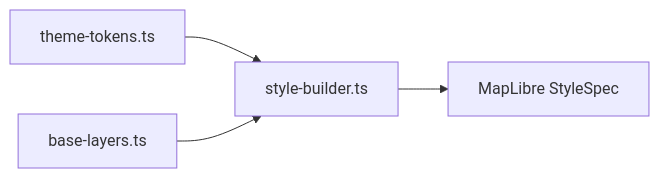
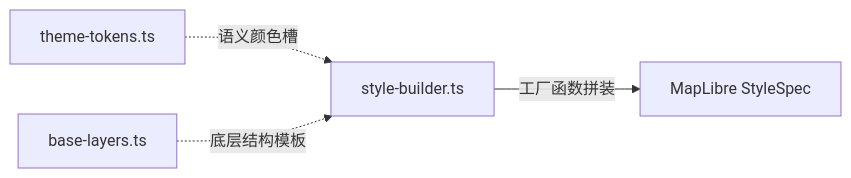
The diagram in docs/map_theme_system.md (FEJackFly/omni), drawn with Mermaid before and after one commit. The commit also changed other lines of this file and 7 other files, not shown here.

Commit message:
feat: 新增绘图工具并集成至地图工具栏，与测量工具互斥。

````diff
--- a/docs/map_theme_system.md
+++ b/docs/map_theme_system.md
@@ -15,6 +12,6 @@
 ```mermaid
 graph LR
-    Tokens[theme-tokens.ts] --> Builder[style-builder.ts]
-    Layers[base-layers.ts] --> Builder
-    Builder --> FinalStyle[MapLibre StyleSpec]
+    Tokens[theme-tokens.ts] -.->|语义颜色槽| Builder[style-builder.ts]
+    Layers[base-layers.ts] -.->|底层结构模板| Builder
+    Builder -->|工厂函数拼装| Output[MapLibre StyleSpec]
 ```
````
